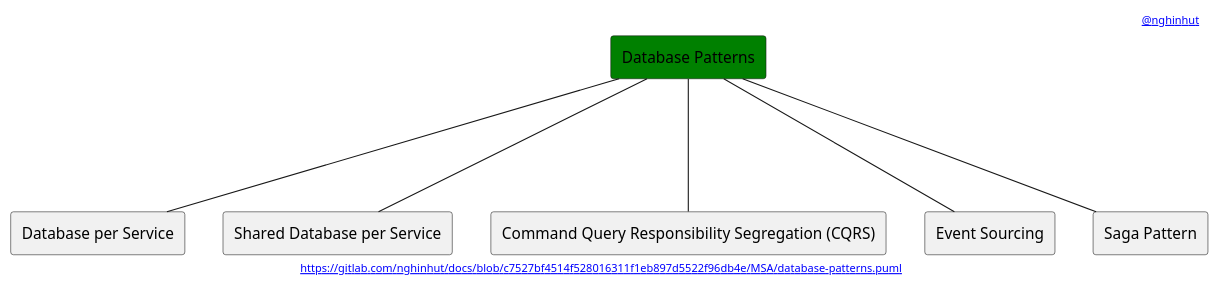
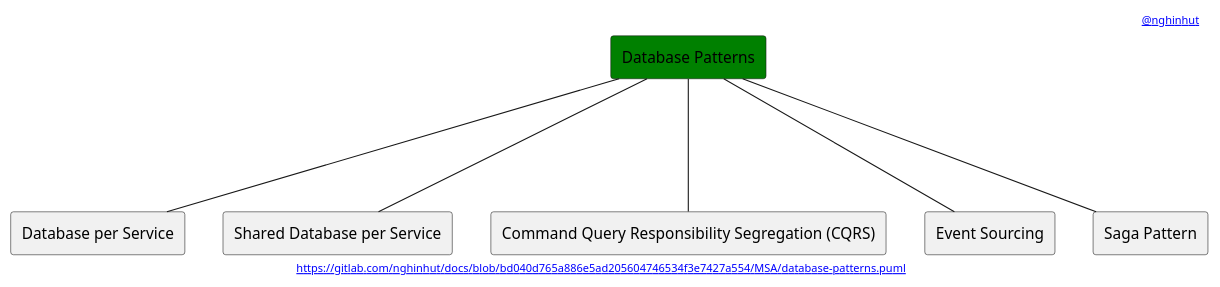
Before and after one commit to nghinhut/docs: the diagram in MSA/database-patterns.puml, drawn with PlantUML. The commit also changed 18 other files, not shown here.

Commit message:
Update diagrams

```diff
--- a/MSA/database-patterns.puml
+++ b/MSA/database-patterns.puml
@@ -1,20 +1,20 @@
 @startuml
 '-----START auto generated metadata please keep comment here to allow auto update-----
 '-----DON'T EDIT THIS SECTION, INSTEAD RE-RUN prebuild.sh TO UPDATE-----
-header [[mailto:nghinhut@gmail.com @nghinhut]]
-footer [[http://www.plantuml.com/plantuml/proxy?fmt=svg&src=https://gitlab.com/nghinhut/docs/raw/c7527bf4514f528016311f1eb897d5522f96db4e/MSA/database-patterns.puml https://gitlab.com/nghinhut/docs/blob/c7527bf4514f528016311f1eb897d5522f96db4e/MSA/database-patterns.puml]]
+header [[www.nghinhut.dev?from=http://www.plantuml.com/plantuml/proxy?fmt=svg&src=https://gitlab.com/nghinhut/docs/raw/bd040d765a886e5ad205604746534f3e7427a554/MSA/database-patterns.puml @nghinhut]]
+footer [[http://www.plantuml.com/plantuml/proxy?fmt=svg&src=https://gitlab.com/nghinhut/docs/raw/bd040d765a886e5ad205604746534f3e7427a554/MSA/database-patterns.puml https://gitlab.com/nghinhut/docs/blob/bd040d765a886e5ad205604746534f3e7427a554/MSA/database-patterns.puml]]
 '-----END auto generated metadata please keep comment here to allow auto update-----
 
 rectangle "Database Patterns" as Database #green
 
 rectangle "Database per Service" as DatabaseP1
 rectangle "Shared Database per Service" as DatabaseP2
 rectangle "Command Query Responsibility Segregation (CQRS)" as DatabaseP3
 rectangle "Event Sourcing" as DatabaseP4
 rectangle "Saga Pattern" as DatabaseP5
 Database --- DatabaseP1
 Database --- DatabaseP2
 Database --- DatabaseP3
 Database --- DatabaseP4
 Database --- DatabaseP5
 @enduml
```
